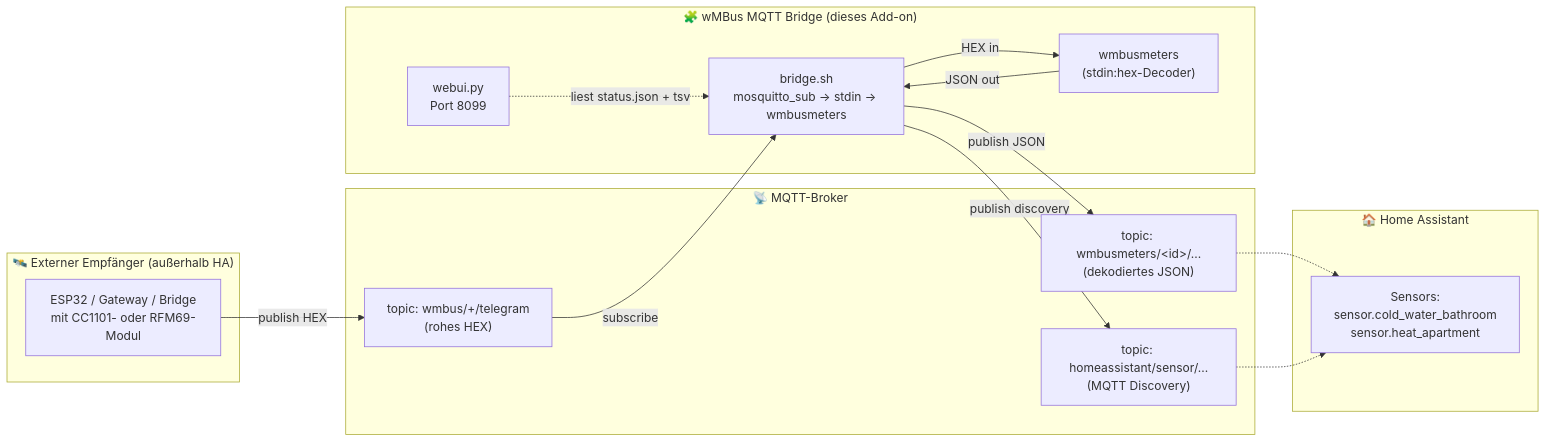
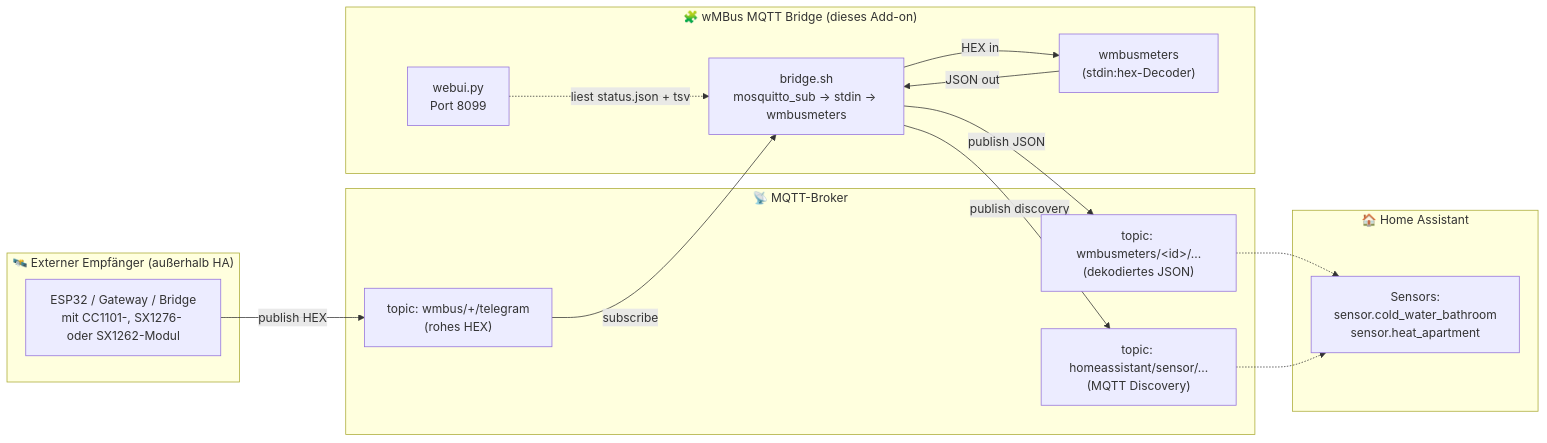
Before and after one commit to Kustonium/homeassistant-wmbus-mqtt-bridge: the first of 7 diagrams in docs/README.de.md, drawn with Mermaid. The commit also changed other lines of this file and 10 other files, not shown here.

````diff
--- a/docs/README.de.md
+++ b/docs/README.de.md
@@ -52,33 +54,33 @@
 ```mermaid
 %%{init: {'theme':'default'}}%%
 flowchart LR
   subgraph EXT["🛰️ Externer Empfänger (außerhalb HA)"]
-    A1["ESP32 / Gateway / Bridge<br/>mit CC1101- oder RFM69-Modul"]
+    A1["ESP32 / Gateway / Bridge<br/>mit CC1101-, SX1276- oder SX1262-Modul"]
   end
 
   subgraph BROKER["📡 MQTT-Broker"]
     B1["topic: wmbus/+/telegram<br/>(rohes HEX)"]
     B2["topic: wmbusmeters/&lt;id&gt;/...<br/>(dekodiertes JSON)"]
     B3["topic: homeassistant/sensor/...<br/>(MQTT Discovery)"]
   end
 
   subgraph ADDON["🧩 wMBus MQTT Bridge (dieses Add-on)"]
     C1["bridge.sh<br/>mosquitto_sub → stdin → wmbusmeters"]
     C2["wmbusmeters<br/>(stdin:hex-Decoder)"]
     C3["webui.py<br/>Port 8099"]
     C1 -- "HEX in" --> C2
     C2 -- "JSON out" --> C1
     C3 -. "liest status.json + tsv" .-> C1
   end
 
   subgraph HA["🏠 Home Assistant"]
     D1["Sensors:<br/>sensor.cold_water_bathroom<br/>sensor.heat_apartment"]
   end
 
   A1 -- "publish HEX" --> B1
   B1 -- "subscribe" --> C1
   C1 -- "publish JSON" --> B2
   C1 -- "publish discovery" --> B3
   B2 -.-> D1
   B3 -.-> D1
 ```
````
